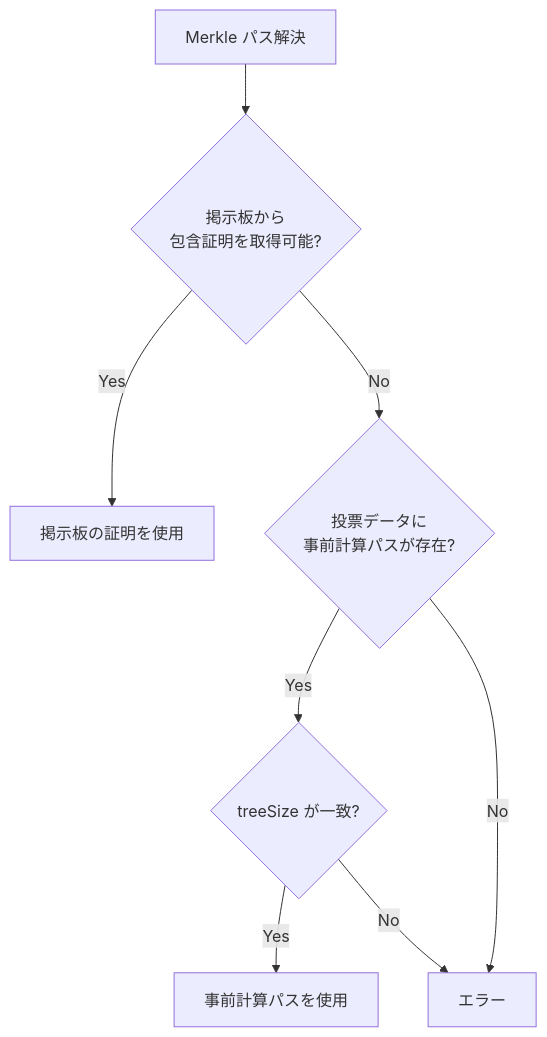
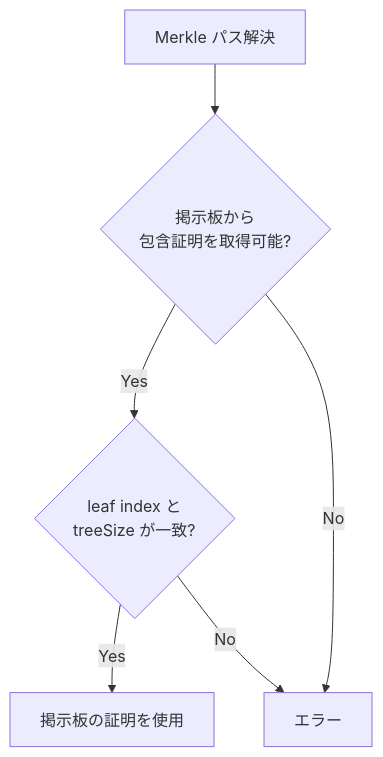
One commit to hwatanabe-jp/stark-ballot-simulator-public changed the third of 5 diagrams in public-book/src/zkvm/host-and-proving.md. Above: the diagram before and after it, drawn with Mermaid. The commit also changed other lines of this file and 1001 other files, not shown here.

````diff
--- a/public-book/src/zkvm/host-and-proving.md
+++ b/public-book/src/zkvm/host-and-proving.md
@@ -86,10 +116,8 @@
 ```mermaid
 flowchart TD
   START[Merkle パス解決] --> P1{掲示板から<br/>包含証明を取得可能?}
-  P1 -->|Yes| USE1[掲示板の証明を使用]
-  P1 -->|No| P2{投票データに<br/>事前計算パスが存在?}
-  P2 -->|Yes| CHK{treeSize が一致?}
-  CHK -->|Yes| USE2[事前計算パスを使用]
+  P1 -->|Yes| CHK{leaf index と<br/>treeSize が一致?}
+  CHK -->|Yes| USE1[掲示板の証明を使用]
   CHK -->|No| ERR[エラー]
-  P2 -->|No| ERR
+  P1 -->|No| ERR
 ```
````
